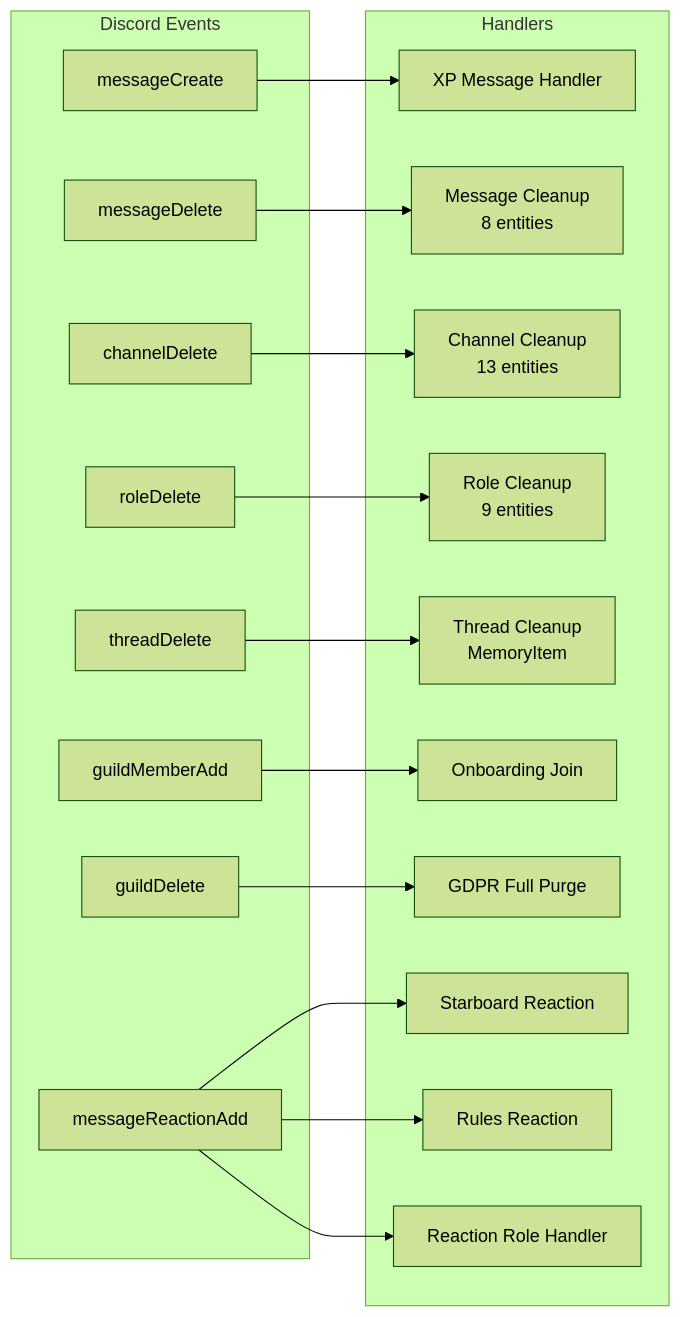
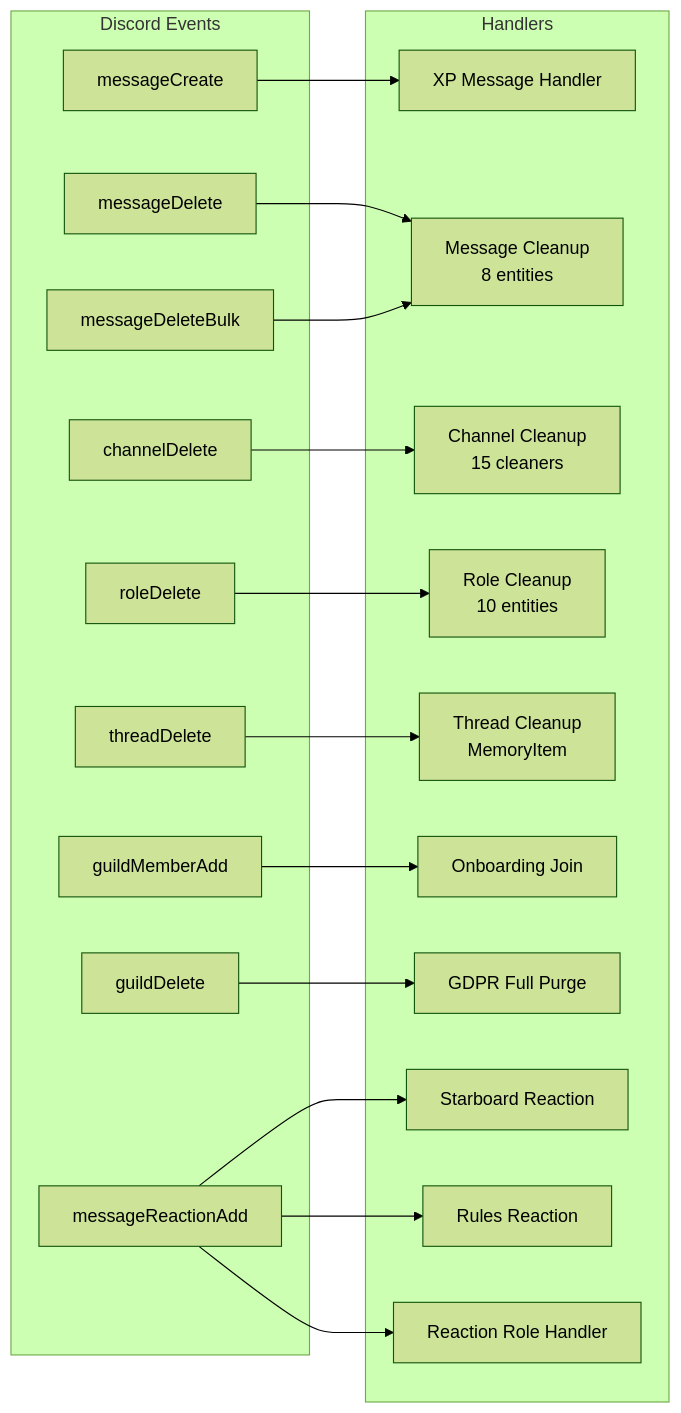
One commit to NindroidA/cogworks-bot changed the fourth of 5 diagrams in ARCHITECTURE.md. Above: the diagram before and after it, drawn with Mermaid (forest theme). The commit also changed other lines of this file and 10 other files, not shown here.

````diff
--- a/ARCHITECTURE.md
+++ b/ARCHITECTURE.md
@@ -141,37 +141,39 @@
 ```mermaid
 graph LR
     subgraph "Discord Events"
         MC[messageCreate]
         MD[messageDelete]
+        MDB[messageDeleteBulk]
         CD[channelDelete]
         RD[roleDelete]
         TD[threadDelete]
         GMA[guildMemberAdd]
         GD[guildDelete]
         MRA[messageReactionAdd]
     end
 
     subgraph "Handlers"
         XPMsg[XP Message Handler]
         CleanMsg[Message Cleanup<br/>8 entities]
-        CleanCh[Channel Cleanup<br/>13 entities]
-        CleanRole[Role Cleanup<br/>9 entities]
+        CleanCh[Channel Cleanup<br/>15 cleaners]
+        CleanRole[Role Cleanup<br/>10 entities]
         CleanThread[Thread Cleanup<br/>MemoryItem]
         Onboard[Onboarding Join]
         GDPR[GDPR Full Purge]
         StarRx[Starboard Reaction]
         RulesRx[Rules Reaction]
         RRHandler[Reaction Role Handler]
     end
 
     MC --> XPMsg
     MD --> CleanMsg
+    MDB --> CleanMsg
     CD --> CleanCh
     RD --> CleanRole
     TD --> CleanThread
     GMA --> Onboard
     GD --> GDPR
     MRA --> StarRx
     MRA --> RulesRx
     MRA --> RRHandler
 ```
````
